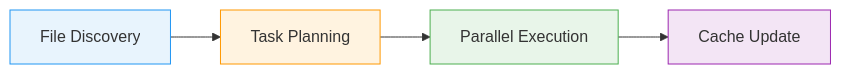
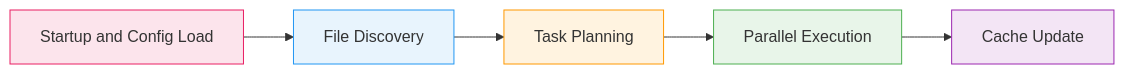
The diagram in internal/llmsdocs/embed/pages/guides/architecture.md (datamitsu/datamitsu), drawn with Mermaid before and after one commit. The commit also changed other lines of this file and 40 other files, not shown here.

````diff
--- a/internal/llmsdocs/embed/pages/guides/architecture.md
+++ b/internal/llmsdocs/embed/pages/guides/architecture.md
@@ -11,11 +11,13 @@
 ```mermaid
 graph LR
-    A[File Discovery] --> B[Task Planning]
+    S[Startup and Config Load] --> A[File Discovery]
+    A --> B[Task Planning]
     B --> C[Parallel Execution]
     C --> D[Cache Update]
 
+    style S fill:#fce4ec,stroke:#e91e63
     style A fill:#e8f4fd,stroke:#2196f3
     style B fill:#fff3e0,stroke:#ff9800
     style C fill:#e8f5e9,stroke:#4caf50
     style D fill:#f3e5f5,stroke:#9c27b0
 ```
````
